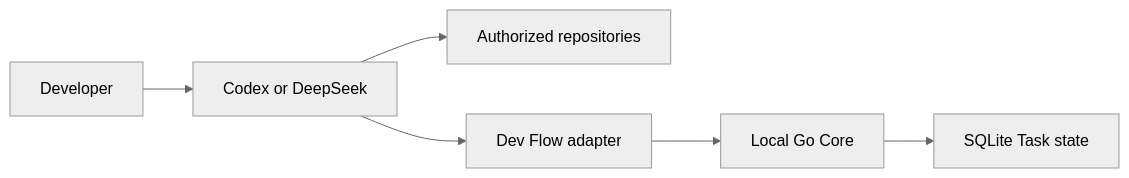
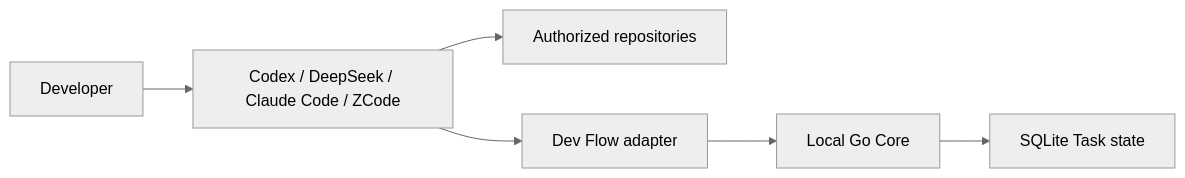
One commit to Innocent-children/dev-flow changed the diagram in docs/THREAT-MODEL_en.md. Above: the diagram before and after it, drawn with Mermaid (neutral theme). The commit also changed other lines of this file and 39 other files, not shown here.

````diff
--- a/docs/THREAT-MODEL_en.md
+++ b/docs/THREAT-MODEL_en.md
@@ -13,8 +13,8 @@
 ```mermaid
 flowchart LR
-    U[Developer] --> H[Codex or DeepSeek]
+    U[Developer] --> H[Codex / DeepSeek / Claude Code / ZCode]
     H --> R[Authorized repositories]
     H --> A[Dev Flow adapter]
     A --> C[Local Go Core]
     C --> S[SQLite Task state]
 ```
````
